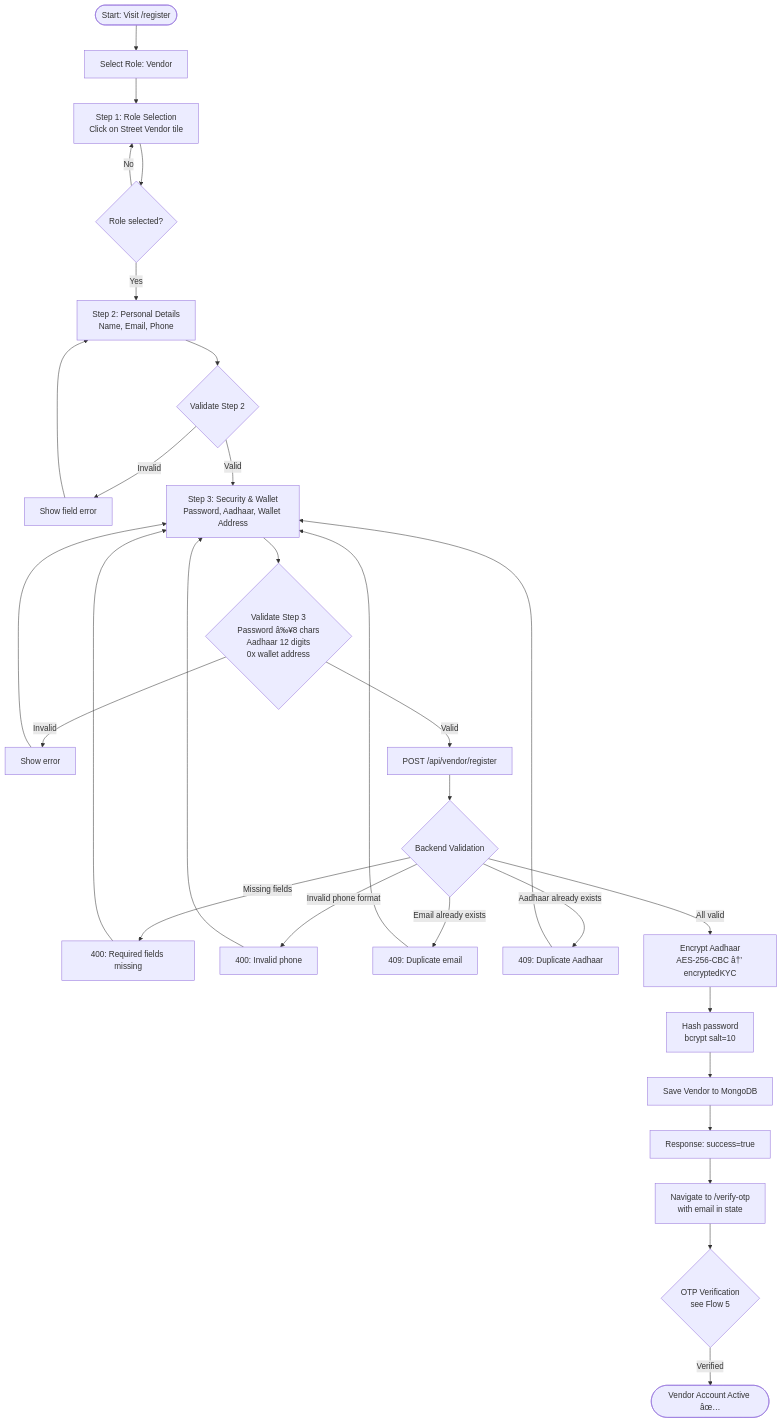
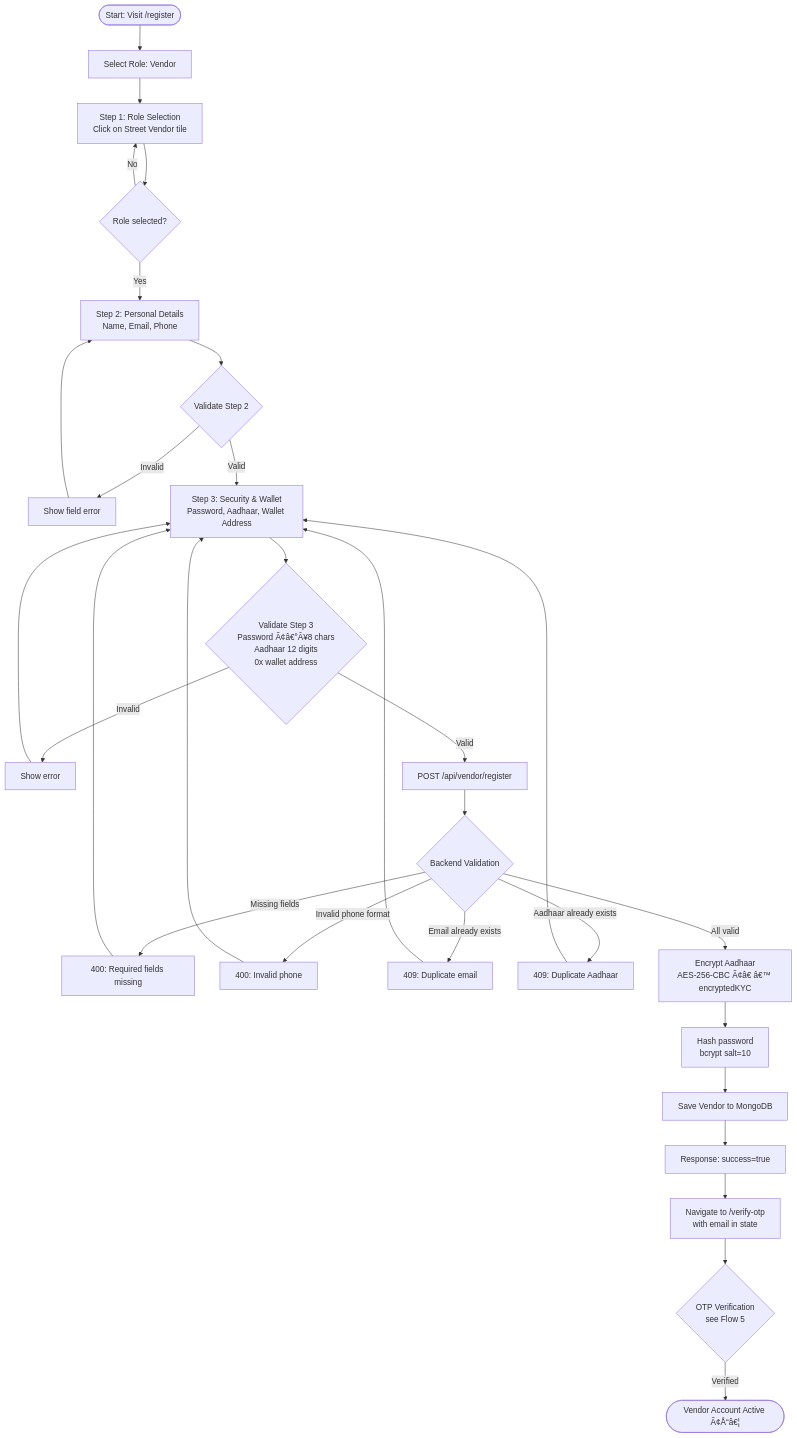
The second of 21 diagrams in PROCESS_FLOWS.md (sivamaniganjerupalli/simplified-microloans), drawn with Mermaid before and after one commit. The commit also changed other lines of this file and 14 other files, not shown here.

````diff
--- a/PROCESS_FLOWS.md
+++ b/PROCESS_FLOWS.md
@@ -67,28 +67,28 @@
 ```mermaid
 flowchart TD
     A([Start: Visit /register]) --> B[Select Role: Vendor]
     B --> C[Step 1: Role Selection\nClick on Street Vendor tile]
     C --> D{Role selected?}
     D -- No --> C
     D -- Yes --> E[Step 2: Personal Details\nName, Email, Phone]
     E --> F{Validate Step 2}
     F -- Invalid --> G[Show field error] --> E
     F -- Valid --> H[Step 3: Security & Wallet\nPassword, Aadhaar, Wallet Address]
-    H --> I{Validate Step 3\nPassword â‰¥8 chars\nAadhaar 12 digits\n0x wallet address}
+    H --> I{Validate Step 3\nPassword Ã¢â€°Â¥8 chars\nAadhaar 12 digits\n0x wallet address}
     I -- Invalid --> J[Show error] --> H
     I -- Valid --> K[POST /api/vendor/register]
     
     K --> L{Backend Validation}
     L -- Missing fields --> M[400: Required fields missing] --> H
     L -- Invalid phone format --> N[400: Invalid phone] --> H
     L -- Email already exists --> O[409: Duplicate email] --> H
     L -- Aadhaar already exists --> P[409: Duplicate Aadhaar] --> H
     
-    L -- All valid --> Q[Encrypt Aadhaar\nAES-256-CBC â†’ encryptedKYC]
+    L -- All valid --> Q[Encrypt Aadhaar\nAES-256-CBC Ã¢â€ â€™ encryptedKYC]
     Q --> R[Hash password\nbcrypt salt=10]
     R --> S[Save Vendor to MongoDB]
     S --> T[Response: success=true]
     T --> U[Navigate to /verify-otp\nwith email in state]
     U --> V{OTP Verification\nsee Flow 5}
-    V -- Verified --> W([Vendor Account Active âœ…])
+    V -- Verified --> W([Vendor Account Active Ã¢Å“â€¦])
 ```
````
